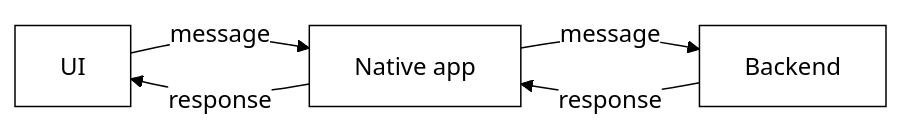
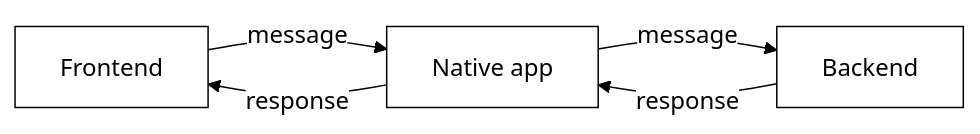
The diagram in docs/development/diagrams/message-bridge.mmd (ashleydavis/ziggy), drawn with Mermaid before and after one commit. The commit also changed 319 other files, not shown here.

```diff
--- a/docs/development/diagrams/message-bridge.mmd
+++ b/docs/development/diagrams/message-bridge.mmd
@@ -1,16 +1,16 @@
 %%{init: {"theme": "base", "themeVariables": {"primaryColor": "#ffffff", "primaryTextColor": "#000000", "primaryBorderColor": "#000000", "lineColor": "#000000", "textColor": "#000000", "edgeLabelBackground": "#ffffff"}}}%%
 flowchart LR
-%% How a message and its message response travel between the UI and the backend. Drawn into message-bridge.svg by
+%% How a message and its message response travel between the frontend and the backend. Drawn into message-bridge.svg by
 %% `bun run diagrams`; see message-bridge.md.
 %% Each "label-under" line puts a line of small grey text under a box, which Mermaid itself cannot place:
 %% label-under: UI = window.ziggy
 %% label-under: Native = Injects window.ziggy
 %% label-under: Backend = ziggy.h
-    UI["UI"]
+    UI["Frontend"]
     Native["Native app"]
     Backend["Backend"]
 
     UI -->|"message"| Native
     Native -->|"message"| Backend
     Backend -->|"response"| Native
     Native -->|"response"| UI
```
